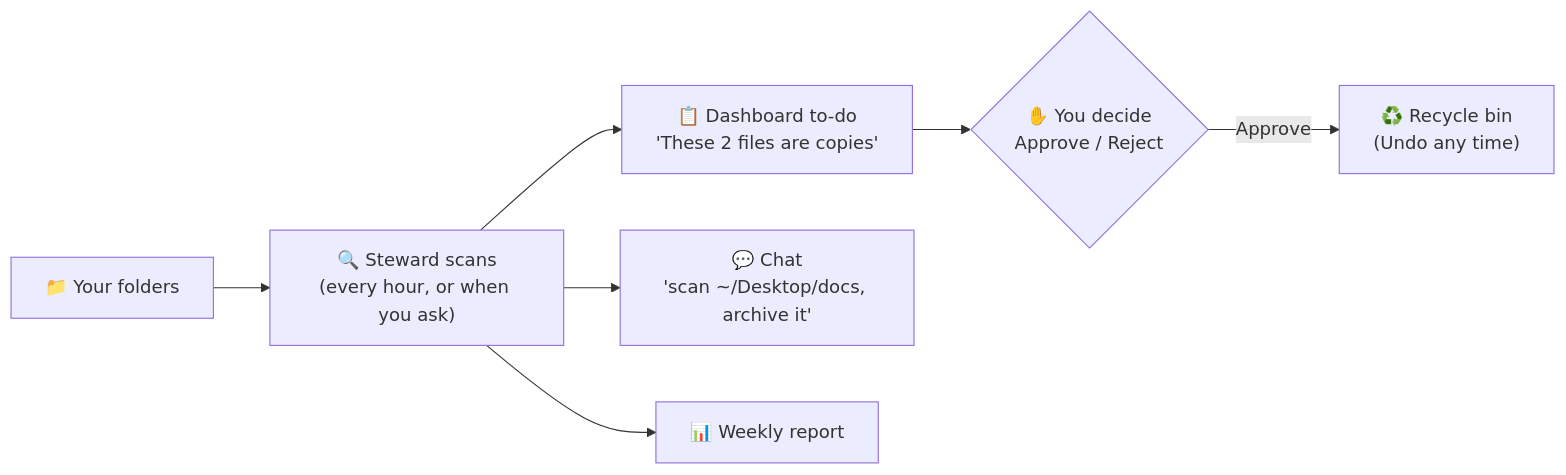
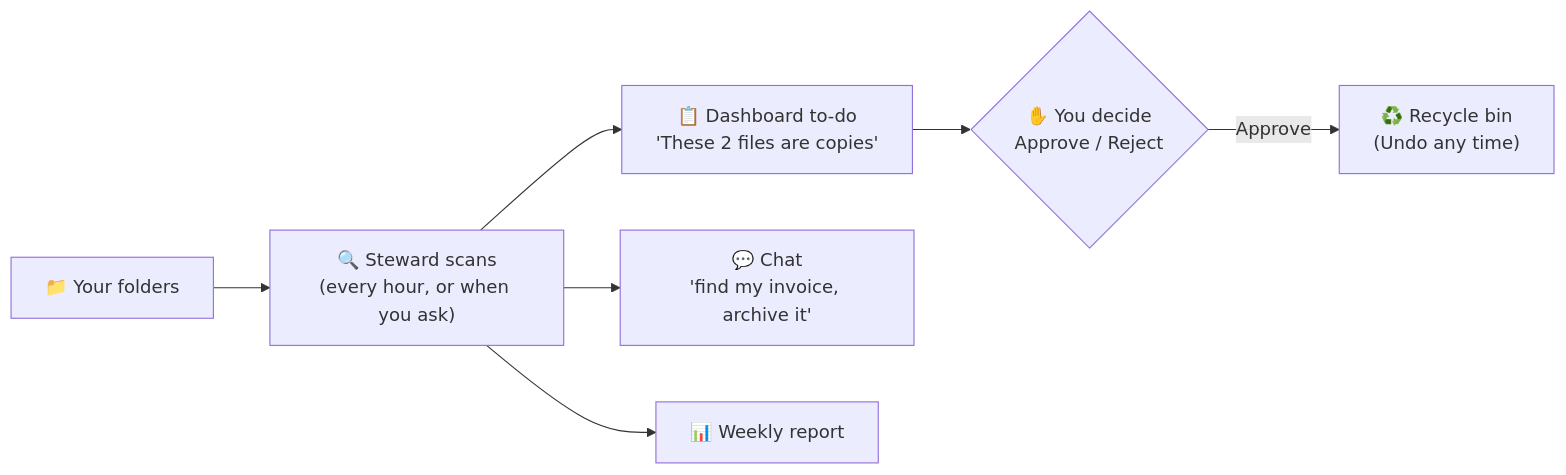
Before and after one commit to aion7891/steward: the diagram in docs/user-guide/README.md, drawn with Mermaid. The commit also changed other lines of this file and 45 other files, not shown here.

````diff
--- a/docs/user-guide/README.md
+++ b/docs/user-guide/README.md
@@ -27,9 +27,9 @@
 ```mermaid
 flowchart LR
     A["📁 Your folders"] --> B["🔍 Steward scans<br/>(every hour, or when you ask)"]
     B --> C["📋 Dashboard to-do<br/>'These 2 files are copies'"]
     C --> D{"✋ You decide<br/>Approve / Reject"}
     D -->|Approve| E["♻️ Recycle bin<br/>(Undo any time)"]
-    B --> F["💬 Chat<br/>'scan ~/Desktop/docs, archive it'"]
+    B --> F["💬 Chat<br/>'find my invoice, archive it'"]
     B --> G["📊 Weekly report"]
 ```
````
